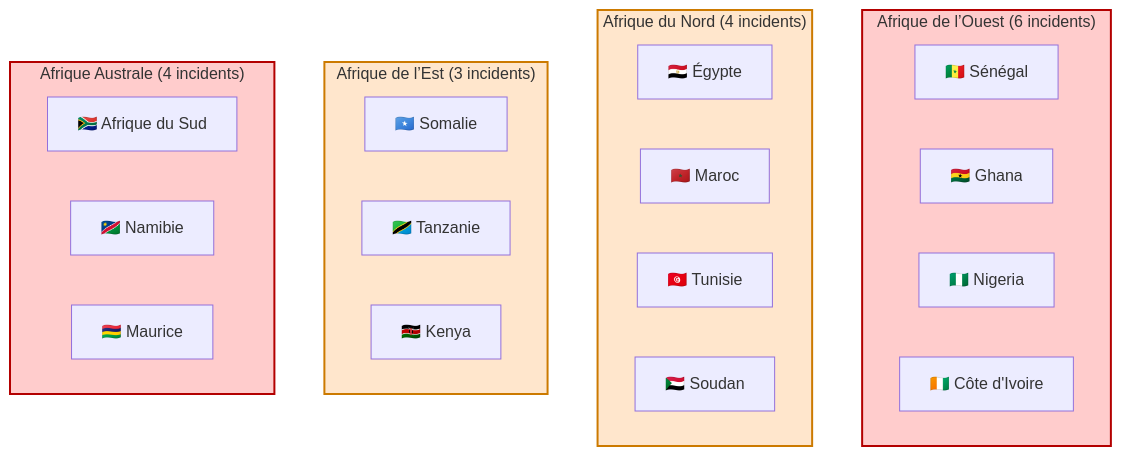
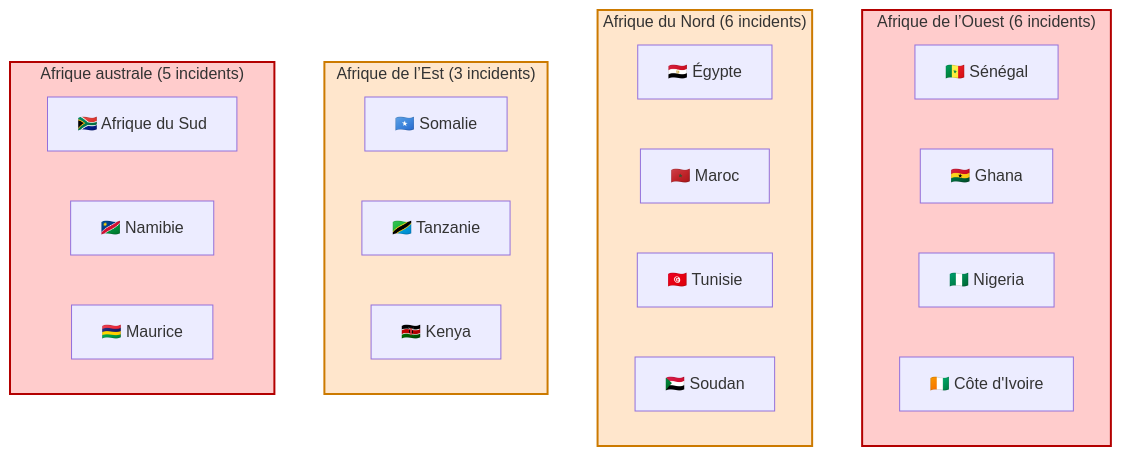
Before and after one commit to Hatchepsoute/AFRINTEL: the first of 4 diagrams in statistics/2026/02-february/README_FR.md, drawn with Mermaid. The commit also changed other lines of this file and 39 other files, not shown here.

````diff
--- a/statistics/2026/02-february/README_FR.md
+++ b/statistics/2026/02-february/README_FR.md
@@ -98,41 +98,41 @@
 ```mermaid
 flowchart TB
   classDef high fill:#ffcccc,stroke:#b30000,stroke-width:2px;
   classDef medium fill:#ffe6cc,stroke:#cc7a00,stroke-width:2px;
   classDef low fill:#fff2cc,stroke:#b39b00,stroke-width:2px;
 
   subgraph West["Afrique de l’Ouest (6 incidents)"]
   
     SN["🇸🇳 Sénégal"]
     GH["🇬🇭 Ghana"]
     NG["🇳🇬 Nigeria"]
     CI["🇨🇮 Côte d'Ivoire"]
   end
 
-  subgraph North["Afrique du Nord (4 incidents)"]
+  subgraph North["Afrique du Nord (6 incidents)"]
   
     EG["🇪🇬 Égypte"]
     MA["🇲🇦 Maroc"]
     TN["🇹🇳 Tunisie"]
     SD["🇸🇩 Soudan"]
   end
 
   subgraph East["Afrique de l’Est (3 incidents)"]
   
     SO["🇸🇴 Somalie"]
     TZ["🇹🇿 Tanzanie"]
     KE["🇰🇪 Kenya"]
   end
 
-  subgraph South["Afrique Australe (4 incidents)"]
+  subgraph South["Afrique australe (5 incidents)"]
   
     ZA["🇿🇦 Afrique du Sud"]
     NA["🇳🇦 Namibie"]
     MU["🇲🇺 Maurice"]
   end
 
   class West high;
   class South high;
   class North medium;
   class East medium;
 ```
````
